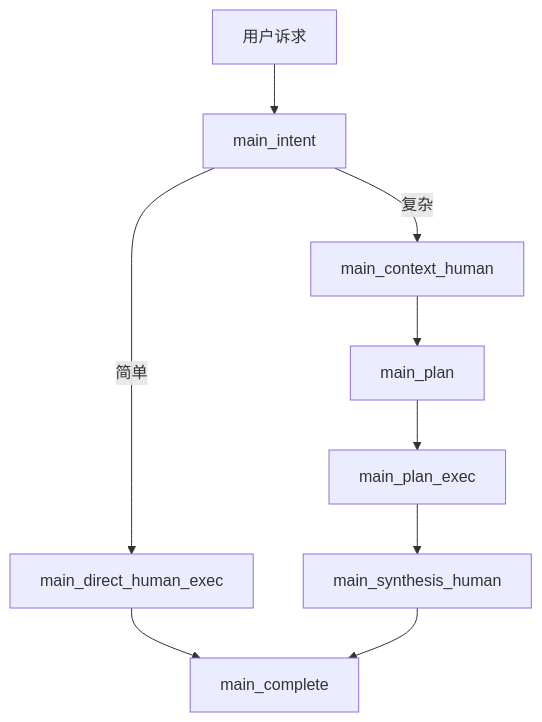
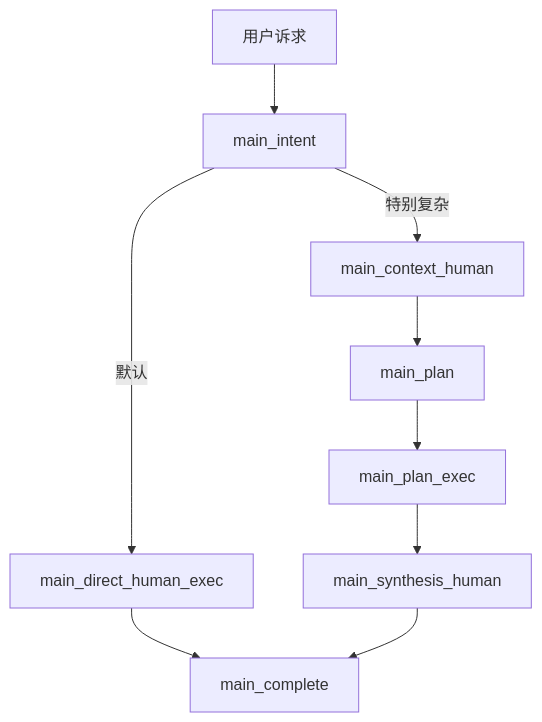
Before and after one commit to Yoan98/Ncurator: the first of 2 diagrams in doc/ai-design/architecture.md, drawn with Mermaid. The commit also changed other lines of this file and 7 other files, not shown here.

Commit message:
Restructure AI design docs around architecture and implementation spec

````diff
--- a/doc/ai-design/architecture.md
+++ b/doc/ai-design/architecture.md
@@ -30,11 +29,11 @@
 ```mermaid
 flowchart TD
     A["用户诉求"] --> B["main_intent"]
-    B -->|简单| C["main_direct_human_exec"]
-    B -->|复杂| D["main_context_human"]
+    B -->|默认| C["main_direct_human_exec"]
+    B -->|特别复杂| D["main_context_human"]
     D --> E["main_plan"]
     E --> F["main_plan_exec"]
     F --> G["main_synthesis_human"]
     C --> H["main_complete"]
     G --> H
 ```
````
